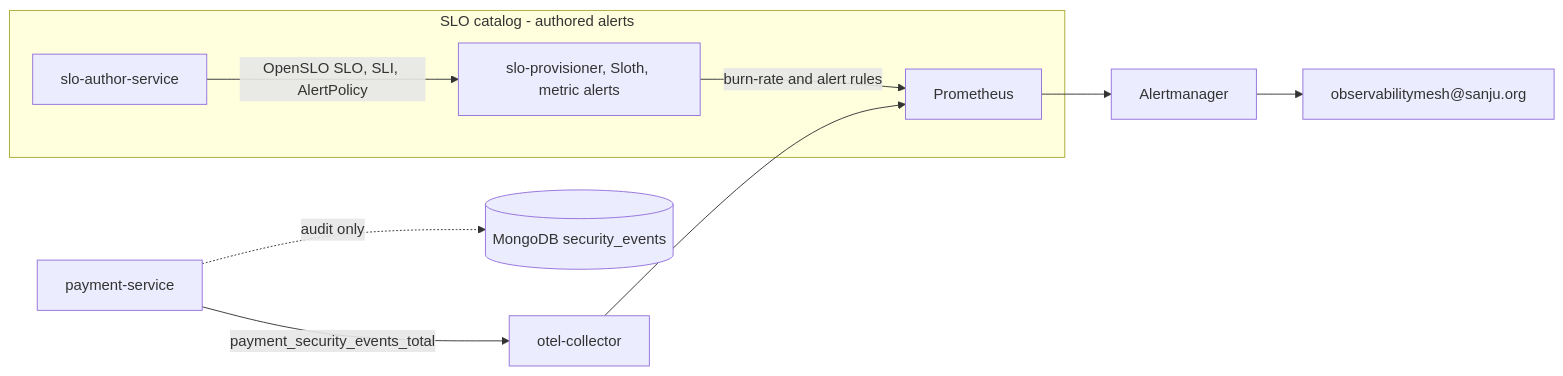
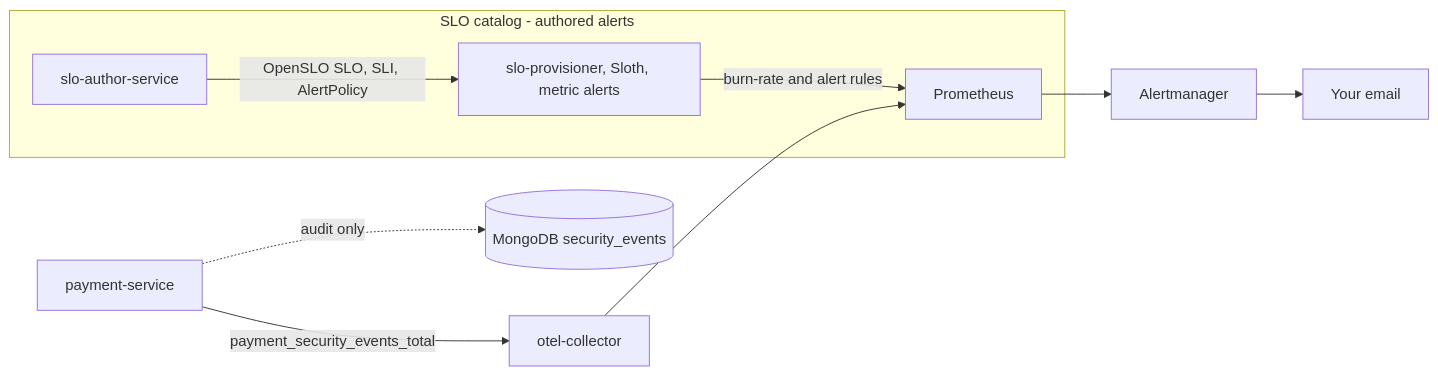
One commit to sanjuthomas/observability-mesh changed the second of 2 diagrams in workloads/payment-ofac-demo/README.md. Above: the diagram before and after it, drawn with Mermaid. The commit also changed other lines of this file and 7 other files, not shown here.

````diff
--- a/workloads/payment-ofac-demo/README.md
+++ b/workloads/payment-ofac-demo/README.md
@@ -61,14 +61,14 @@
 ```mermaid
 flowchart LR
     subgraph SLOpath["SLO catalog - authored alerts"]
         SloAuth["slo-author-service"]
         Prov["slo-provisioner, Sloth, metric alerts"]
         SloAuth -->|OpenSLO SLO, SLI, AlertPolicy| Prov
         Prov -->|burn-rate and alert rules| Prom["Prometheus"]
     end
     Pay["payment-service"] -->|payment_security_events_total| OTel["otel-collector"]
     OTel --> Prom
     Prom --> AM["Alertmanager"]
-    AM --> Email["observabilitymesh@sanju.org"]
+    AM --> Email["Your email"]
     Pay -.->|audit only| Mongo[("MongoDB security_events")]
 ```
````
